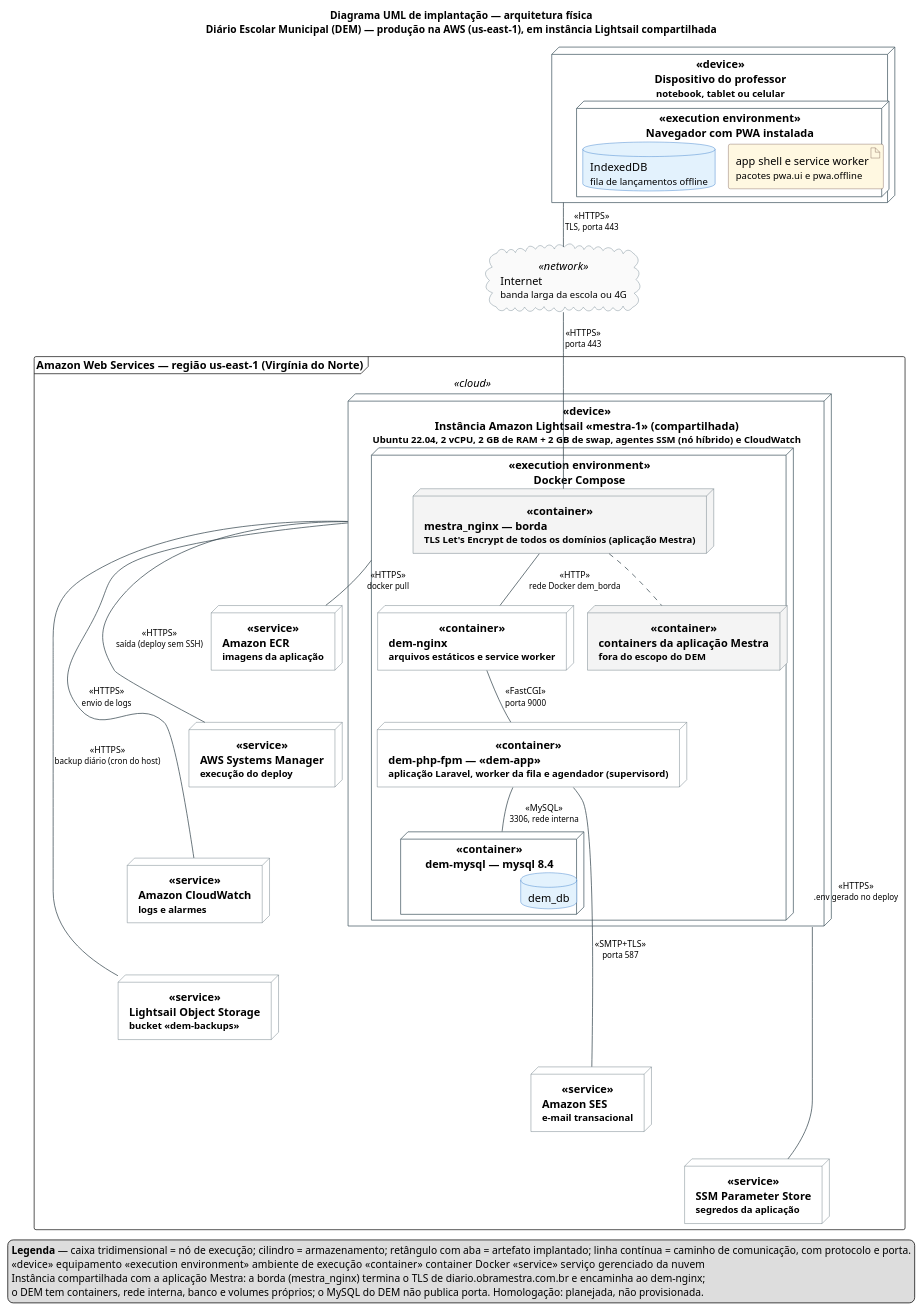
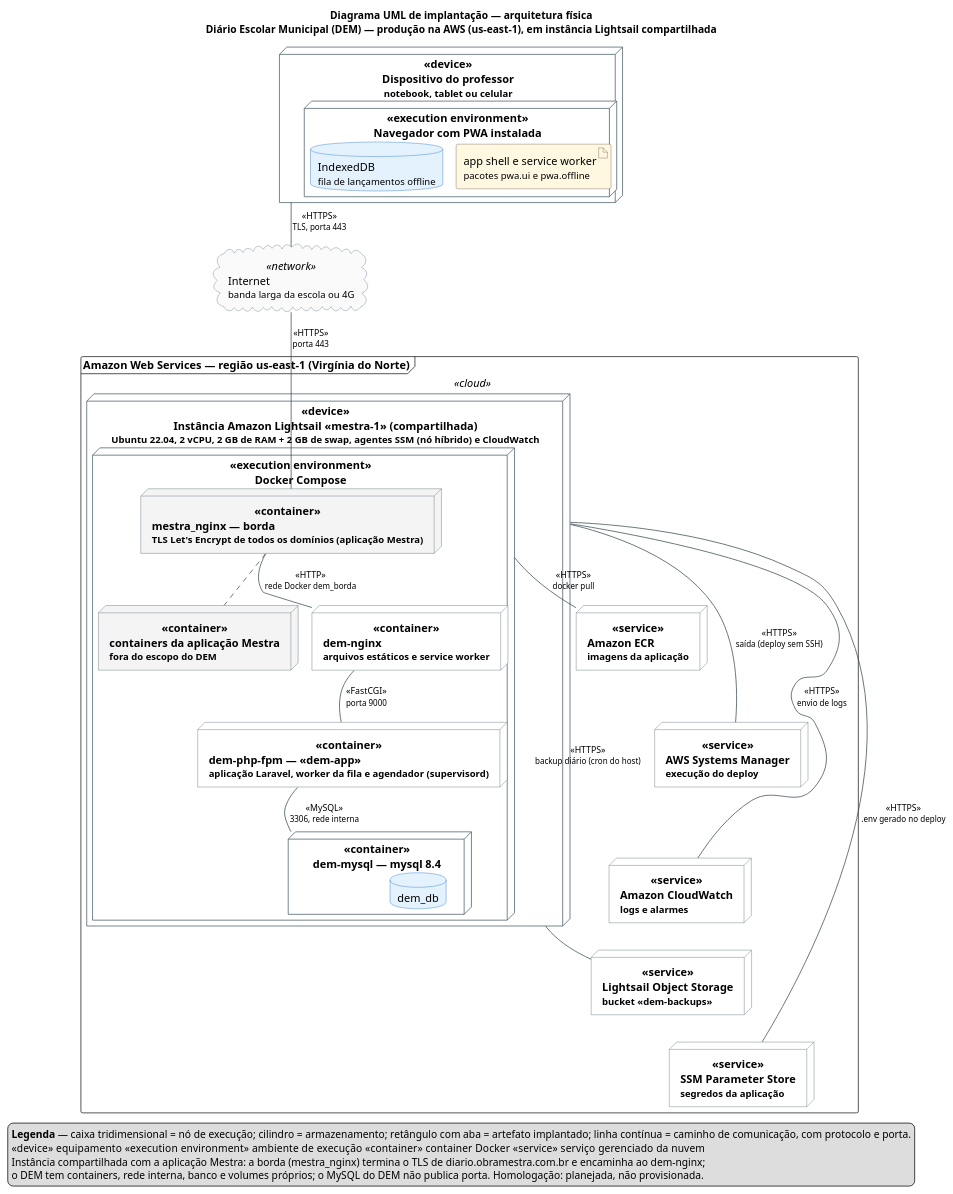
The diagram in doc/diagramas/02-implantacao.puml (joaobschweikart/pwa-sistema-escolar), drawn with PlantUML before and after one commit. The commit also changed 24 other files, not shown here.

First line of the commit message:
feat!: remove a recuperação de senha por e-mail e o Amazon SES

```diff
--- a/doc/diagramas/02-implantacao.puml
+++ b/doc/diagramas/02-implantacao.puml
@@ -1,81 +1,78 @@
 @startuml 02-implantacao
 ' Figura 2 — Diagrama UML de implantação (arquitetura física)
 ' Diário Escolar Municipal (DEM) — Prática Extensionista IV — UNOESC
 ' Render: java -jar plantuml.jar -charset UTF-8 -tpng 02-implantacao.puml
 !pragma layout smetana
 
 skinparam shadowing false
 skinparam defaultFontName SansSerif
 skinparam defaultFontSize 15
 skinparam NodeBorderColor #455A64
 skinparam NodeFontStyle bold
 skinparam NodeBackgroundColor #FFFFFF
 skinparam DatabaseBorderColor #1565C0
 skinparam DatabaseBackgroundColor #E3F2FD
 skinparam ArtifactBorderColor #6D4C41
 skinparam ArtifactBackgroundColor #FFF8E1
 skinparam CloudBorderColor #546E7A
 skinparam CloudBackgroundColor #FAFAFA
 skinparam ArrowColor #37474F
 skinparam ArrowFontSize 12
 
 title Diagrama UML de implantação — arquitetura física\n<size:14>Diário Escolar Municipal (DEM) — produção na AWS (us-east-1), em instância Lightsail compartilhada</size>
 
 node "Dispositivo do professor\n<size:13>notebook, tablet ou celular</size>" <<device>> as dispositivo {
   node "Navegador com PWA instalada" <<execution environment>> as navegador {
     artifact "app shell e service worker\n<size:13>pacotes pwa.ui e pwa.offline</size>" as a_pwa
     database "IndexedDB\n<size:13>fila de lançamentos offline</size>" as idb
   }
 }
 
 cloud "Internet\n<size:13>banda larga da escola ou 4G</size>" <<network>> as internet
 
 frame "Amazon Web Services — região us-east-1 (Virgínia do Norte)" <<cloud>> as aws {
 
   node "Instância Amazon Lightsail «mestra-1» (compartilhada)\n<size:13>Ubuntu 22.04, 2 vCPU, 2 GB de RAM + 2 GB de swap, agentes SSM (nó híbrido) e CloudWatch</size>" <<device>> as vps {
     node "Docker Compose" <<execution environment>> as docker {
       node "mestra_nginx — borda\n<size:13>TLS Let's Encrypt de todos os domínios (aplicação Mestra)</size>" <<container>> as c_borda #F4F4F4
       node "containers da aplicação Mestra\n<size:13>fora do escopo do DEM</size>" <<container>> as c_mestra #F4F4F4
       node "dem-nginx\n<size:13>arquivos estáticos e service worker</size>" <<container>> as c_web
       node "dem-php-fpm — «dem-app»\n<size:13>aplicação Laravel, worker da fila e agendador (supervisord)</size>" <<container>> as c_app
       node "dem-mysql — mysql 8.4" <<container>> as c_db {
         database "dem_db" as db
       }
     }
   }
 
   node "Amazon ECR\n<size:13>imagens da aplicação</size>" <<service>> as ecr
   node "AWS Systems Manager\n<size:13>execução do deploy</size>" <<service>> as ssm
   node "Amazon CloudWatch\n<size:13>logs e alarmes</size>" <<service>> as cw
   node "Lightsail Object Storage\n<size:13>bucket «dem-backups»</size>" <<service>> as bucket
-  node "Amazon SES\n<size:13>e-mail transacional</size>" <<service>> as ses
   node "SSM Parameter Store\n<size:13>segredos da aplicação</size>" <<service>> as params
 
   ecr -[hidden]down- ssm
   ssm -[hidden]down- cw
   cw -[hidden]down- bucket
-  bucket -[hidden]down- ses
-  ses -[hidden]down- params
+  bucket -[hidden]down- params
 }
 
 dispositivo -- internet : <<HTTPS>>\n<size:11>TLS, porta 443</size>
 internet -- c_borda : <<HTTPS>>\n<size:11>porta 443</size>
 c_borda -- c_web : <<HTTP>>\n<size:11>rede Docker dem_borda</size>
 c_borda .. c_mestra
 c_web -- c_app : <<FastCGI>>\n<size:11>porta 9000</size>
 c_app -- c_db : <<MySQL>>\n<size:11>3306, rede interna</size>
-c_app -- ses : <<SMTP+TLS>>\n<size:11>porta 587</size>
 vps -- bucket : <<HTTPS>>\n<size:11>backup diário (cron do host)</size>
 vps -- cw : <<HTTPS>>\n<size:11>envio de logs</size>
 vps -- ssm : <<HTTPS>>\n<size:11>saída (deploy sem SSH)</size>
 vps -- params : <<HTTPS>>\n<size:11>.env gerado no deploy</size>
 docker -- ecr : <<HTTPS>>\n<size:11>docker pull</size>
 
 legend bottom
   <b>Legenda</b> — caixa tridimensional = nó de execução; cilindro = armazenamento; retângulo com aba = artefato implantado; linha contínua = caminho de comunicação, com protocolo e porta.
   «device» equipamento   «execution environment» ambiente de execução   «container» container Docker   «service» serviço gerenciado da nuvem
   Instância compartilhada com a aplicação Mestra: a borda (mestra_nginx) termina o TLS de diario.obramestra.com.br e encaminha ao dem-nginx;
   o DEM tem containers, rede interna, banco e volumes próprios; o MySQL do DEM não publica porta. Homologação: planejada, não provisionada.
 endlegend
 
 @enduml
```
